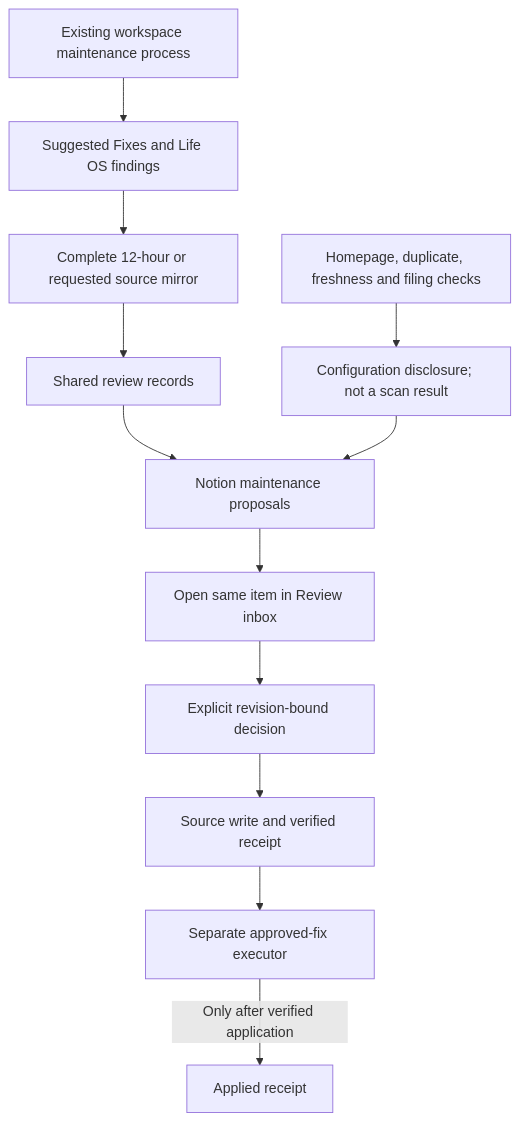
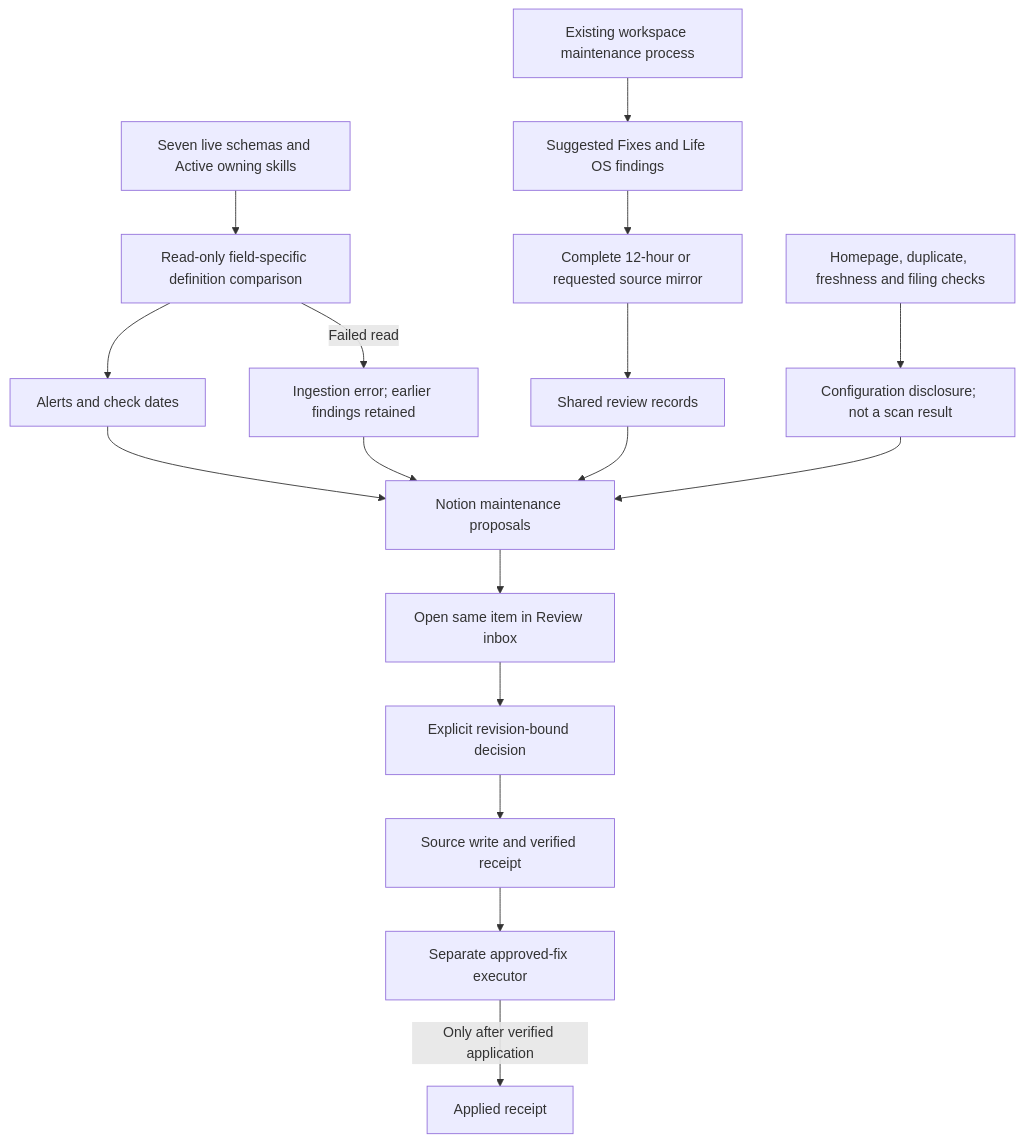
One commit to olilifts88/meridian-labs changed the sixth of 7 diagrams in docs/dashboard-dataflows.md. Above: the diagram before and after it, drawn with Mermaid. The commit also changed other lines of this file and 1 other file, not shown here.

Commit message:
Document dashboard label alerts and task usefulness feedback (#5)

````diff
--- a/docs/dashboard-dataflows.md
+++ b/docs/dashboard-dataflows.md
@@ -94,10 +99,12 @@
 ```mermaid
 flowchart TD
  W["Existing workspace maintenance process"] --> N["Suggested Fixes and Life OS findings"]
  N --> C["Complete 12-hour or requested source mirror"] --> R["Shared review records"]
+ L["Seven live schemas and Active owning skills"] --> V["Read-only field-specific definition comparison"] --> A1["Alerts and check dates"] --> M
+ V -->|"Failed read"| A2["Ingestion error; earlier findings retained"] --> M
  R --> M["Notion maintenance proposals"] --> I["Open same item in Review inbox"]
  I --> D["Explicit revision-bound decision"] --> S["Source write and verified receipt"]
  S --> H["Separate approved-fix executor"]
  H -->|"Only after verified application"| A["Applied receipt"]
  P["Homepage, duplicate, freshness and filing checks"] --> E["Configuration disclosure; not a scan result"] --> M
 ```
````
